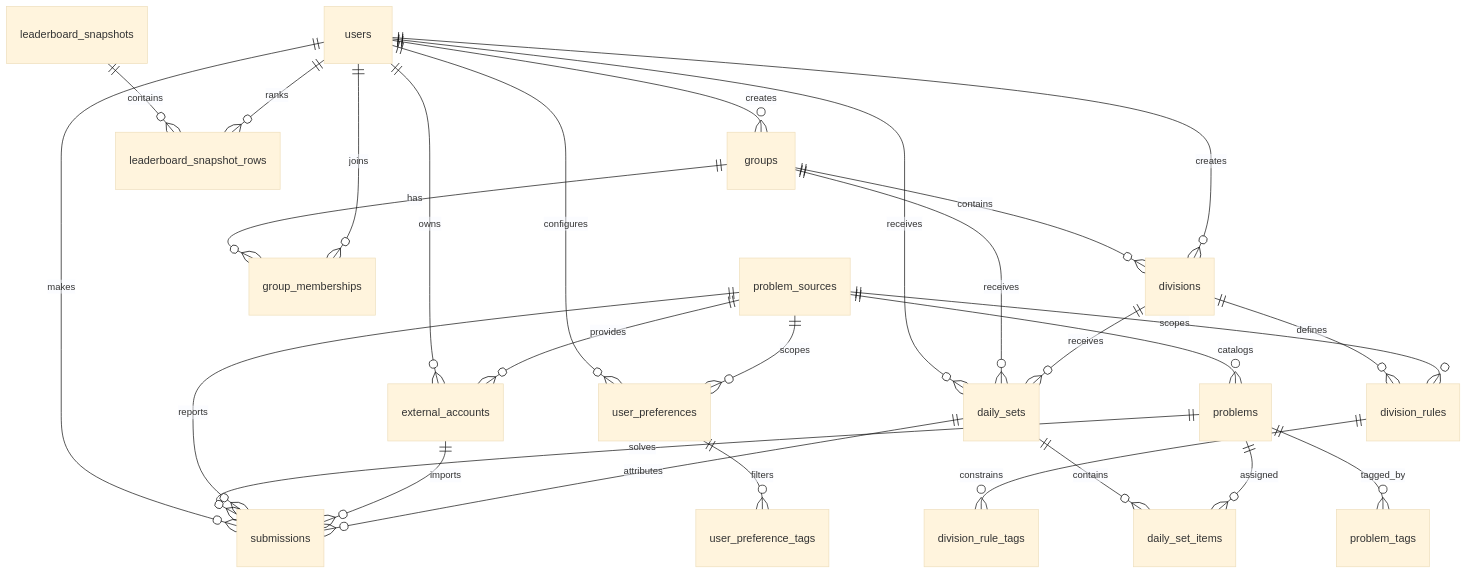
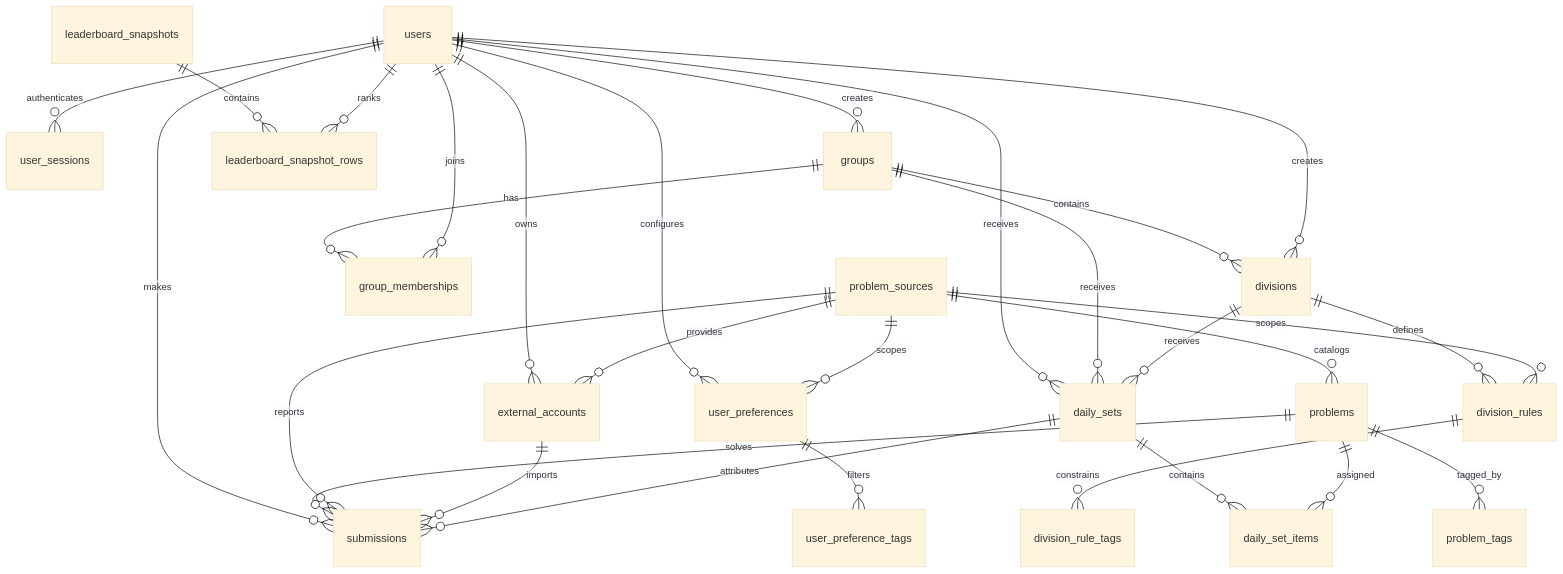
One commit to JTan2231/arcade changed the diagram in docs/data-model.md. Above: the diagram before and after it, drawn with Mermaid (base theme). The commit also changed other lines of this file and 23 other files, not shown here.

````diff
--- a/docs/data-model.md
+++ b/docs/data-model.md
@@ -23,35 +23,36 @@
 ```mermaid
 erDiagram
+    users ||--o{ user_sessions : authenticates
     users ||--o{ external_accounts : owns
     problem_sources ||--o{ external_accounts : provides
     problem_sources ||--o{ problems : catalogs
     problems ||--o{ problem_tags : tagged_by
 
     users ||--o{ user_preferences : configures
     problem_sources ||--o{ user_preferences : scopes
     user_preferences ||--o{ user_preference_tags : filters
 
     users ||--o{ groups : creates
     groups ||--o{ group_memberships : has
     users ||--o{ group_memberships : joins
     groups ||--o{ divisions : contains
     users ||--o{ divisions : creates
     divisions ||--o{ division_rules : defines
     problem_sources ||--o{ division_rules : scopes
     division_rules ||--o{ division_rule_tags : constrains
 
     users ||--o{ daily_sets : receives
     groups ||--o{ daily_sets : receives
     divisions ||--o{ daily_sets : receives
     daily_sets ||--o{ daily_set_items : contains
     problems ||--o{ daily_set_items : assigned
 
     users ||--o{ submissions : makes
     problems ||--o{ submissions : solves
     problem_sources ||--o{ submissions : reports
     external_accounts ||--o{ submissions : imports
     daily_sets ||--o{ submissions : attributes
 
     leaderboard_snapshots ||--o{ leaderboard_snapshot_rows : contains
     users ||--o{ leaderboard_snapshot_rows : ranks
 ```
````
